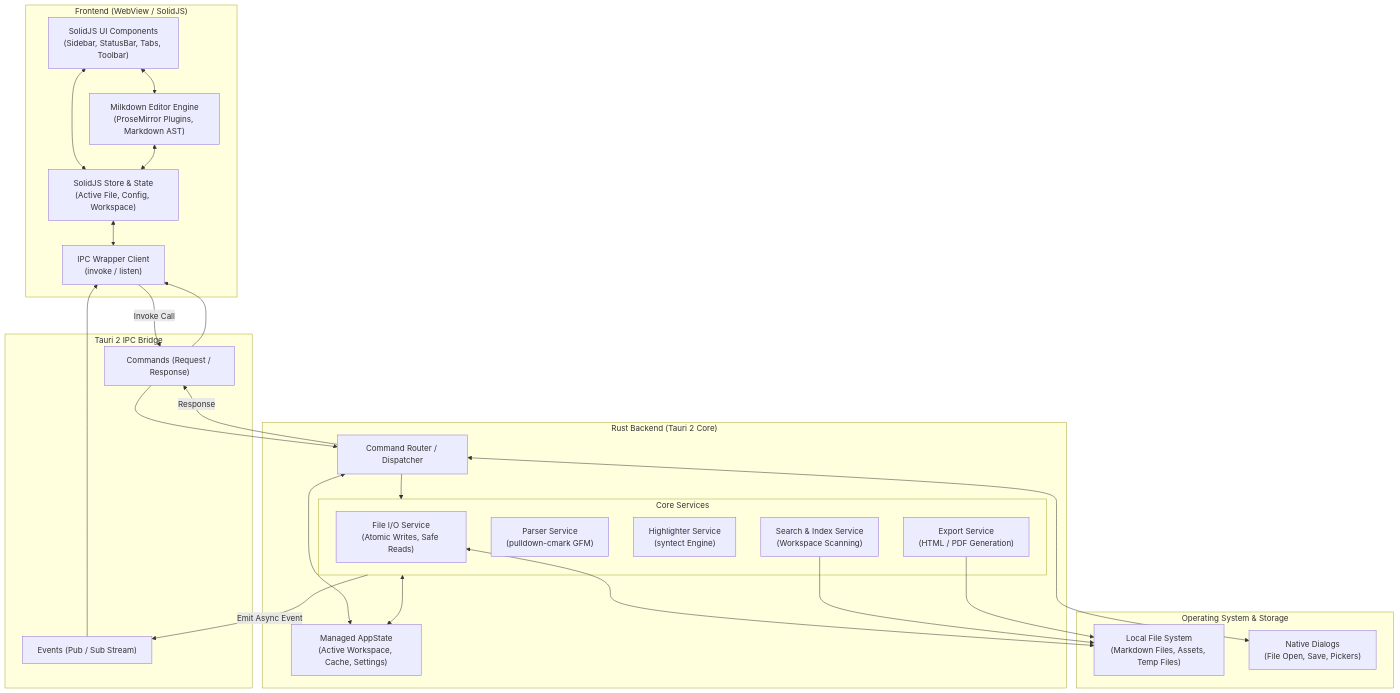
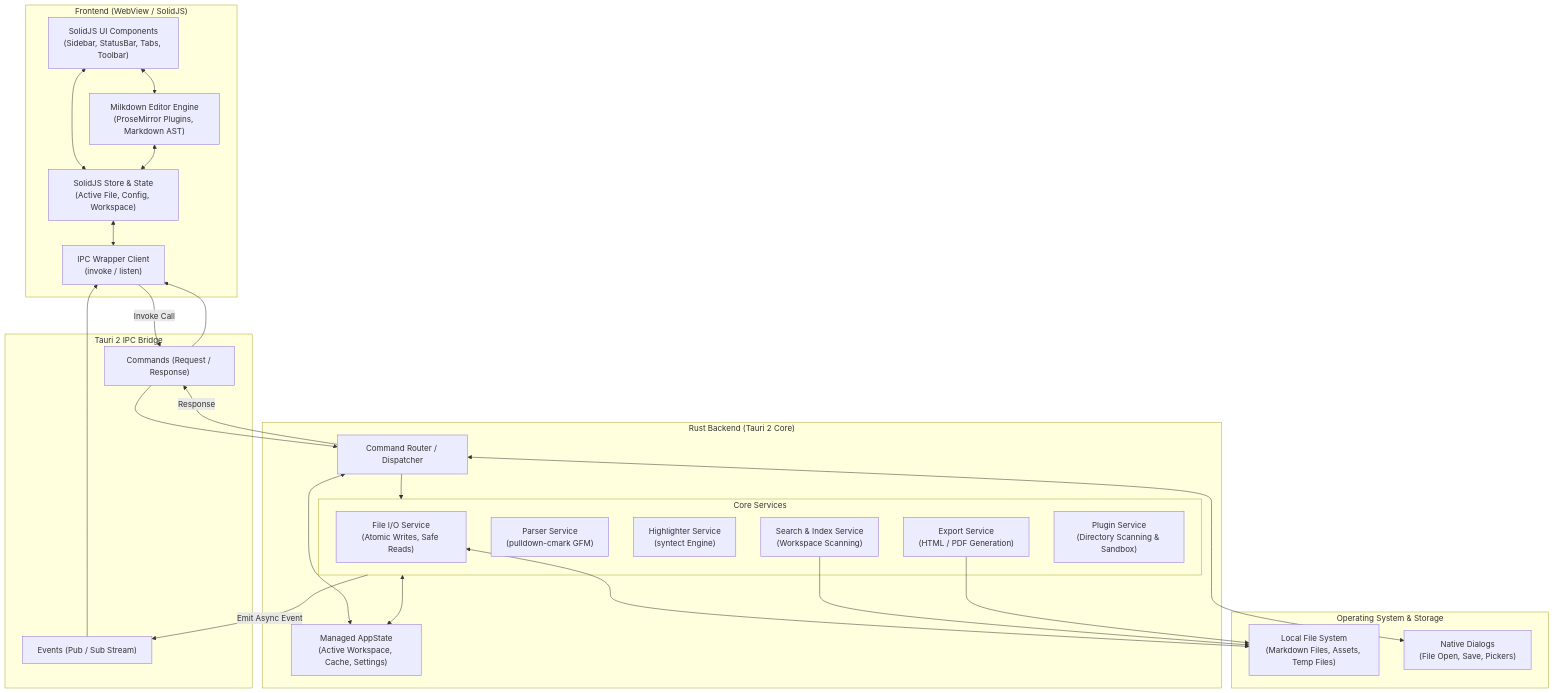
The first of 3 diagrams in docs/ARCHITECTURE.md (BerryUIKI/Lexora), drawn with Mermaid before and after one commit. The commit also changed other lines of this file and 34 other files, not shown here.

````diff
--- a/docs/ARCHITECTURE.md
+++ b/docs/ARCHITECTURE.md
@@ -56,54 +56,55 @@
 ```mermaid
 flowchart TB
     subgraph Frontend["Frontend (WebView / SolidJS)"]
         UI["SolidJS UI Components\n(Sidebar, StatusBar, Tabs, Toolbar)"]
         Store["SolidJS Store & State\n(Active File, Config, Workspace)"]
         Editor["Milkdown Editor Engine\n(ProseMirror Plugins, Markdown AST)"]
         IPCClient["IPC Wrapper Client\n(invoke / listen)"]
 
         UI <--> Store
         UI <--> Editor
         Editor <--> Store
         Store <--> IPCClient
     end
 
     subgraph IPC["Tauri 2 IPC Bridge"]
         Invoke["Commands (Request / Response)"]
         Events["Events (Pub / Sub Stream)"]
     end
 
     subgraph Backend["Rust Backend (Tauri 2 Core)"]
         CmdRouter["Command Router / Dispatcher"]
         AppState["Managed AppState\n(Active Workspace, Cache, Settings)"]
         
         subgraph Services["Core Services"]
             FileService["File I/O Service\n(Atomic Writes, Safe Reads)"]
             ParserService["Parser Service\n(pulldown-cmark GFM)"]
             HighlightService["Highlighter Service\n(syntect Engine)"]
             SearchService["Search & Index Service\n(Workspace Scanning)"]
             ExportService["Export Service\n(HTML / PDF Generation)"]
+            PluginService["Plugin Service\n(Directory Scanning & Sandbox)"]
         end
 
         CmdRouter --> Services
         CmdRouter <--> AppState
         Services <--> AppState
     end
 
     subgraph OS["Operating System & Storage"]
         FS["Local File System\n(Markdown Files, Assets, Temp Files)"]
         NativeDialogs["Native Dialogs\n(File Open, Save, Pickers)"]
     end
 
     IPCClient -->|Invoke Call| Invoke
     Invoke --> CmdRouter
     CmdRouter -->|Response| Invoke
     Invoke --> IPCClient
 
     Services -->|Emit Async Event| Events
     Events --> IPCClient
 
     FileService <--> FS
     SearchService --> FS
     ExportService --> FS
     CmdRouter <--> NativeDialogs
 ```
````
